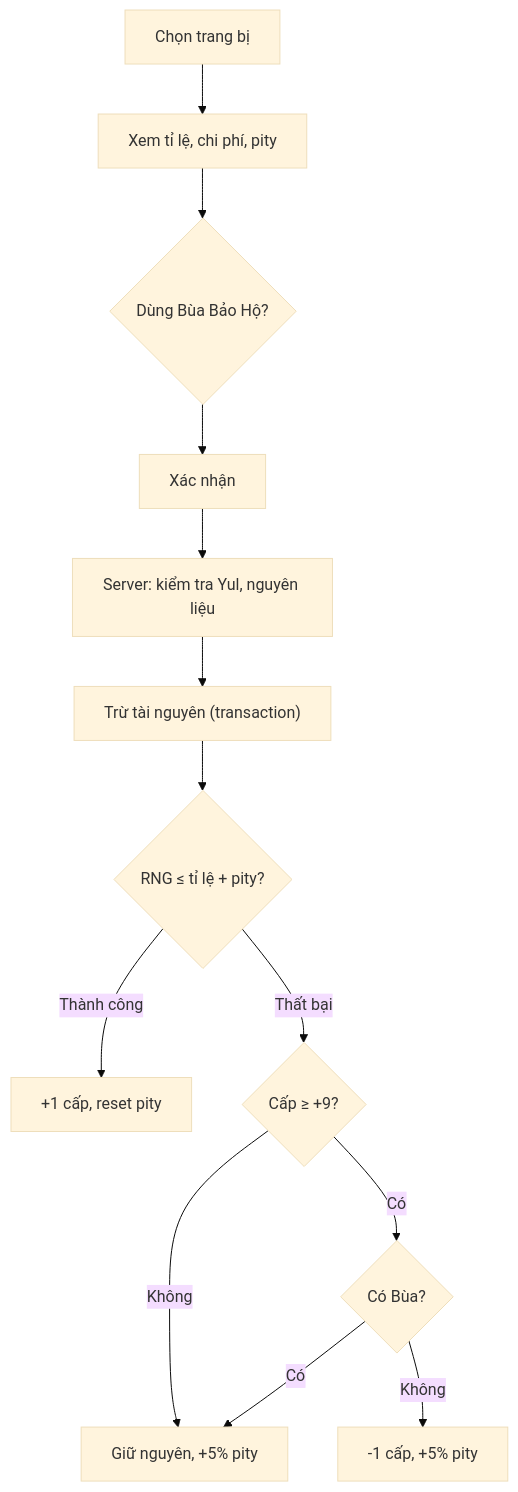
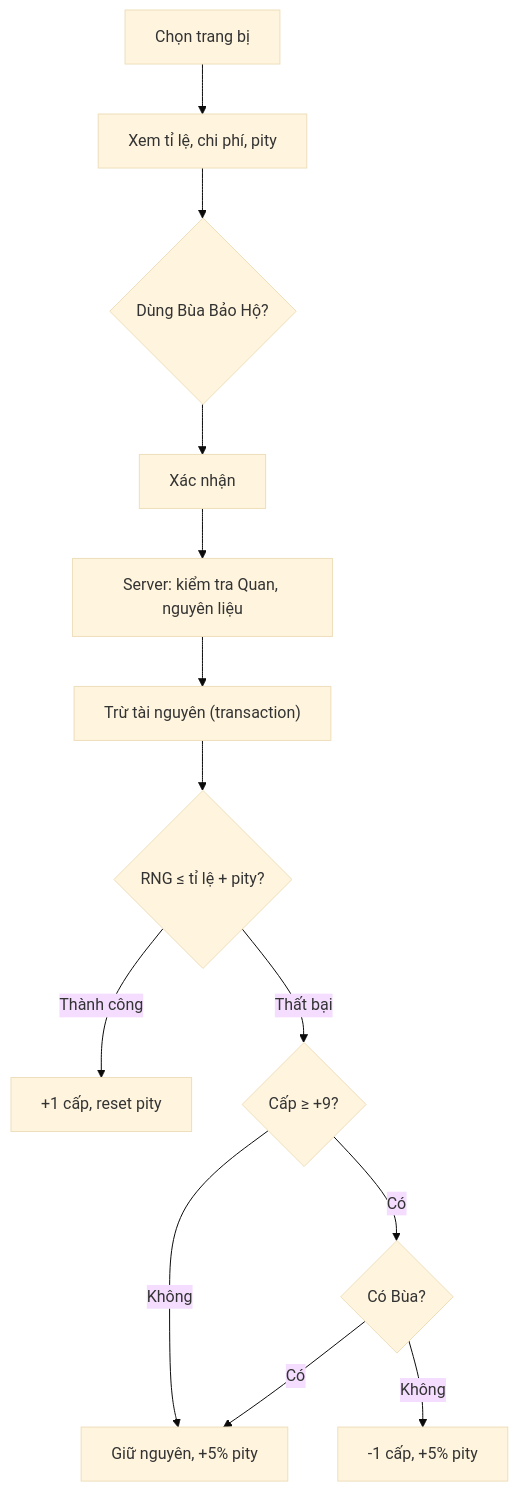
Before and after one commit to thehuygnouhk/game-2d: the seventh of 13 diagrams in docs/workflows/player-journey.md, drawn with Mermaid (base theme). The commit also changed other lines of this file and 35 other files, not shown here.

````diff
--- a/docs/workflows/player-journey.md
+++ b/docs/workflows/player-journey.md
@@ -143,15 +143,15 @@
 ```mermaid
 flowchart TD
     A["Chọn trang bị"] --> B["Xem tỉ lệ, chi phí, pity"]
     B --> C{"Dùng Bùa Bảo Hộ?"}
     C --> D["Xác nhận"]
-    D --> E["Server: kiểm tra Yul, nguyên liệu"]
+    D --> E["Server: kiểm tra Quan, nguyên liệu"]
     E --> F["Trừ tài nguyên (transaction)"]
     F --> G{"RNG ≤ tỉ lệ + pity?"}
     G -- "Thành công" --> H["+1 cấp, reset pity"]
     G -- "Thất bại" --> I{"Cấp ≥ +9?"}
     I -- "Không" --> J["Giữ nguyên, +5% pity"]
     I -- "Có" --> K{"Có Bùa?"}
     K -- "Có" --> J
     K -- "Không" --> L["-1 cấp, +5% pity"]
 ```
````
